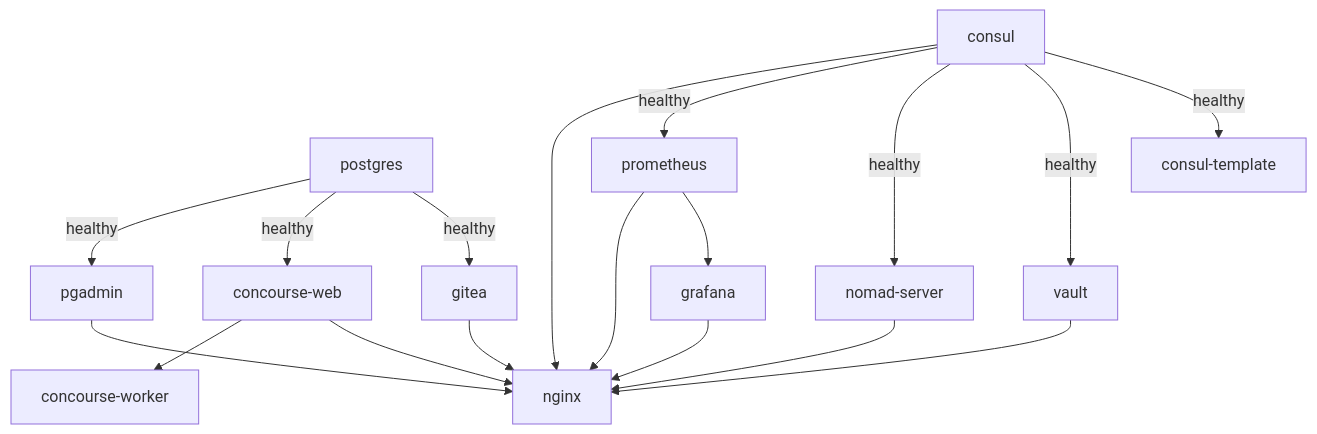
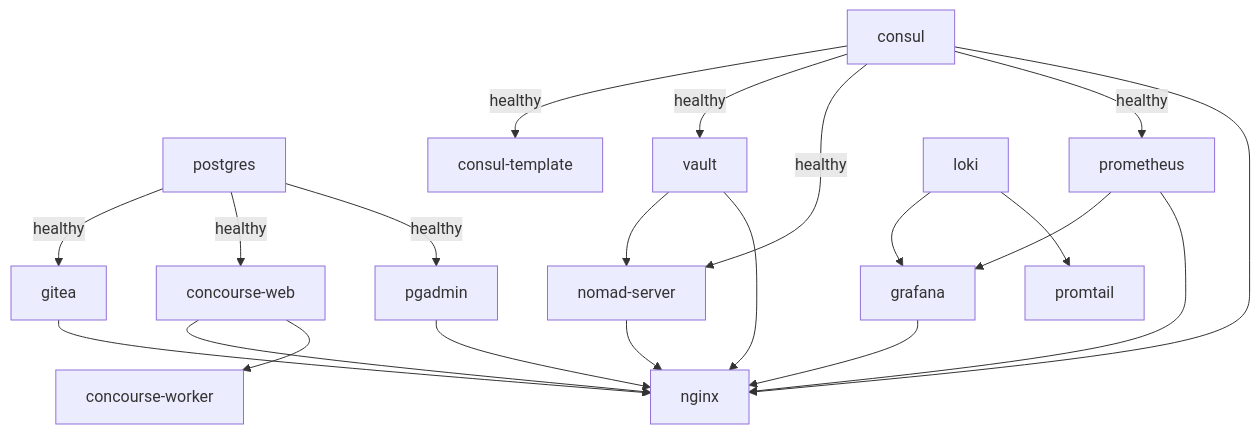
One commit to bryan-abrams/mini-cloud changed the third of 8 diagrams in docs/architecture.md. Above: the diagram before and after it, drawn with Mermaid. The commit also changed other lines of this file and 1 other file, not shown here.

````diff
--- a/docs/architecture.md
+++ b/docs/architecture.md
@@ -135,27 +153,30 @@
 ```mermaid
 flowchart TD
     postgres["postgres"]
     consul["consul"]
 
     postgres -->|healthy| gitea["gitea"]
     postgres -->|healthy| concourse_web["concourse-web"]
     postgres -->|healthy| pgadmin["pgadmin"]
 
     consul -->|healthy| consul_template["consul-template"]
     consul -->|healthy| vault["vault"]
     consul -->|healthy| nomad_server["nomad-server"]
     consul -->|healthy| prometheus["prometheus"]
 
+    vault --> nomad_server
     prometheus --> grafana["grafana"]
+    loki["loki"] --> grafana
+    loki --> promtail["promtail"]
 
     gitea --> nginx["nginx"]
     vault --> nginx
     concourse_web --> nginx
     pgadmin --> nginx
     consul --> nginx
     nomad_server --> nginx
     prometheus --> nginx
     grafana --> nginx
 
     concourse_web --> concourse_worker["concourse-worker"]
 ```
````
